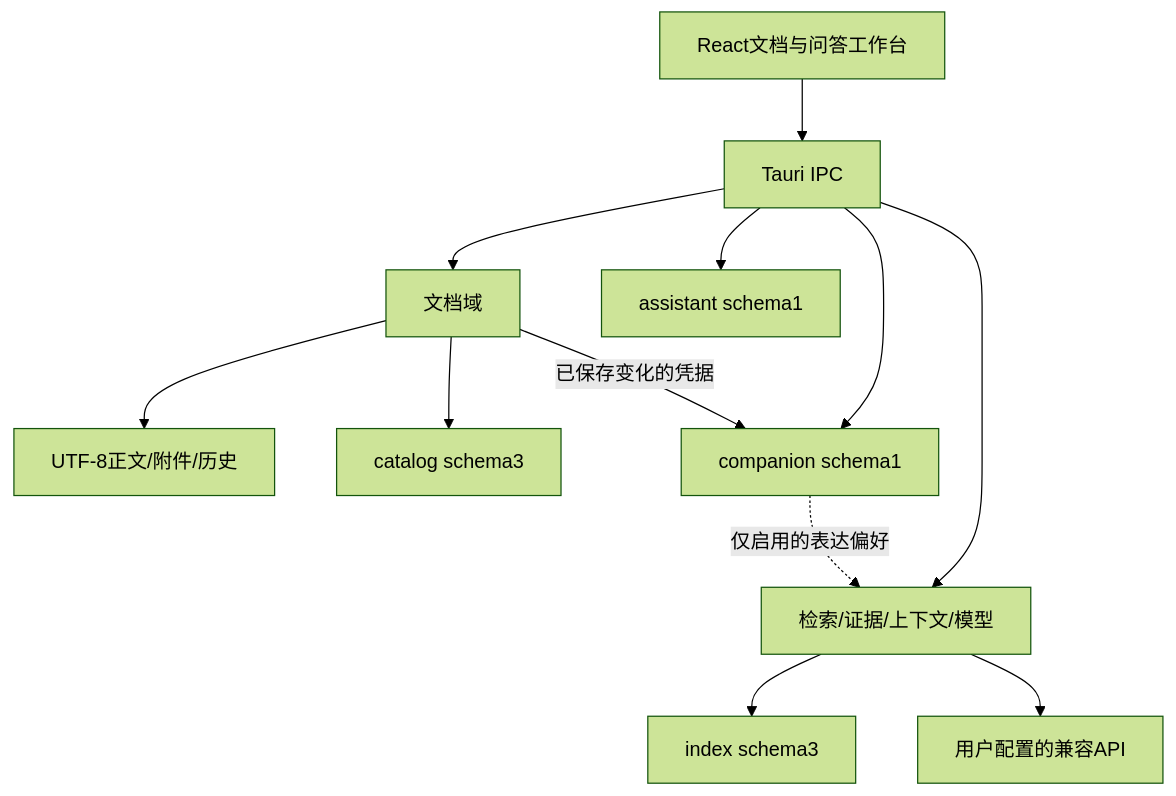
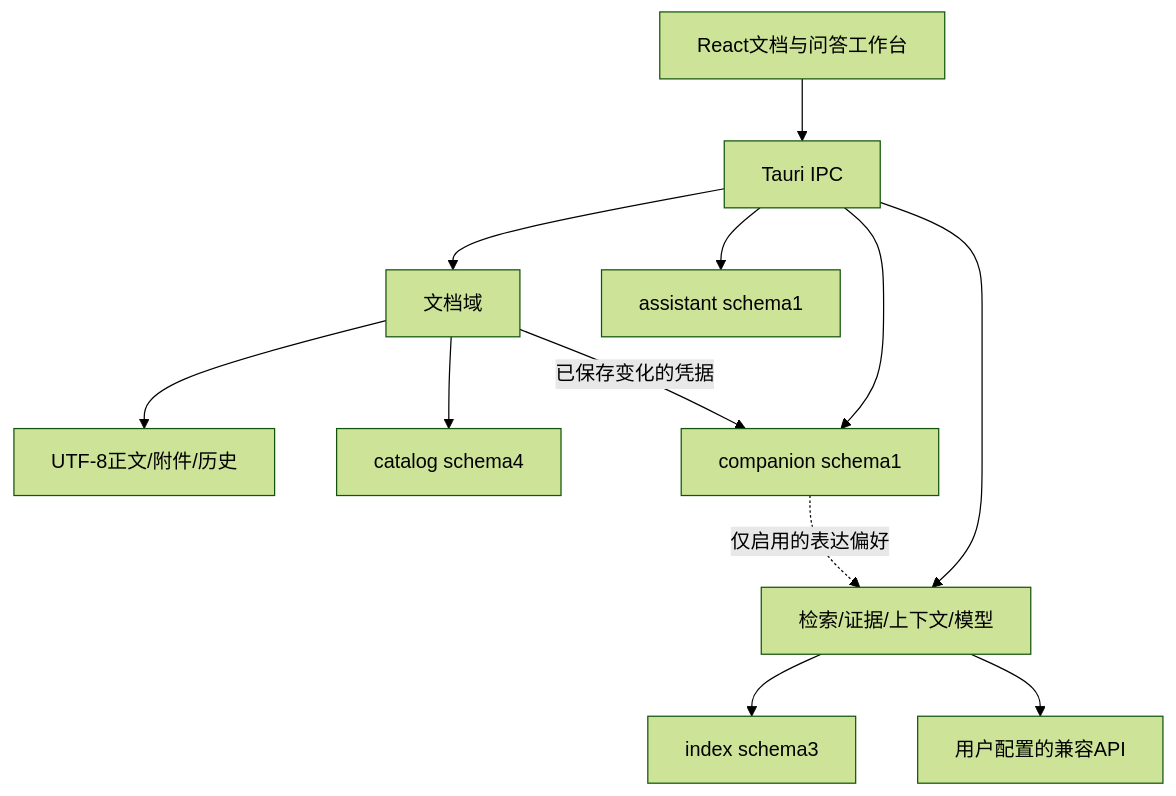
Before and after one commit to raistlinsha-plus/inkstone: the diagram in docs/ARCHITECTURE-v0.7.md, drawn with Mermaid (forest theme). The commit also changed other lines of this file and 50 other files, not shown here.

````diff
--- a/docs/ARCHITECTURE-v0.7.md
+++ b/docs/ARCHITECTURE-v0.7.md
@@ -36,14 +36,14 @@
 ```mermaid
 flowchart TB
   UI[React文档与问答工作台] --> IPC[Tauri IPC]
   IPC --> DOC[文档域]
   DOC --> FILE[UTF-8正文/附件/历史]
-  DOC --> CAT[catalog schema3]
+  DOC --> CAT[catalog schema4]
   IPC --> RAG[检索/证据/上下文/模型]
   RAG --> IDX[index schema3]
   RAG --> API[用户配置的兼容API]
   IPC --> AS[assistant schema1]
   IPC --> CP[companion schema1]
   DOC -->|已保存变化的凭据| CP
   CP -.->|仅启用的表达偏好| RAG
 ```
````
